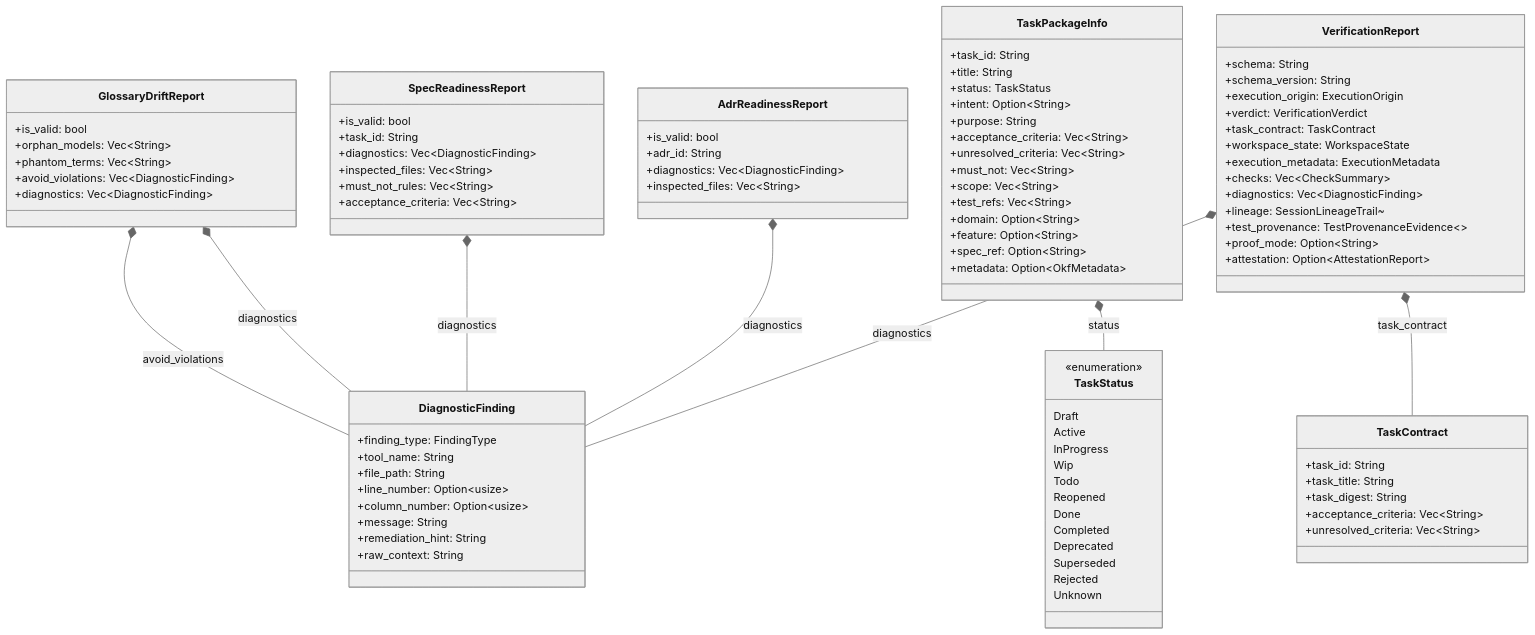
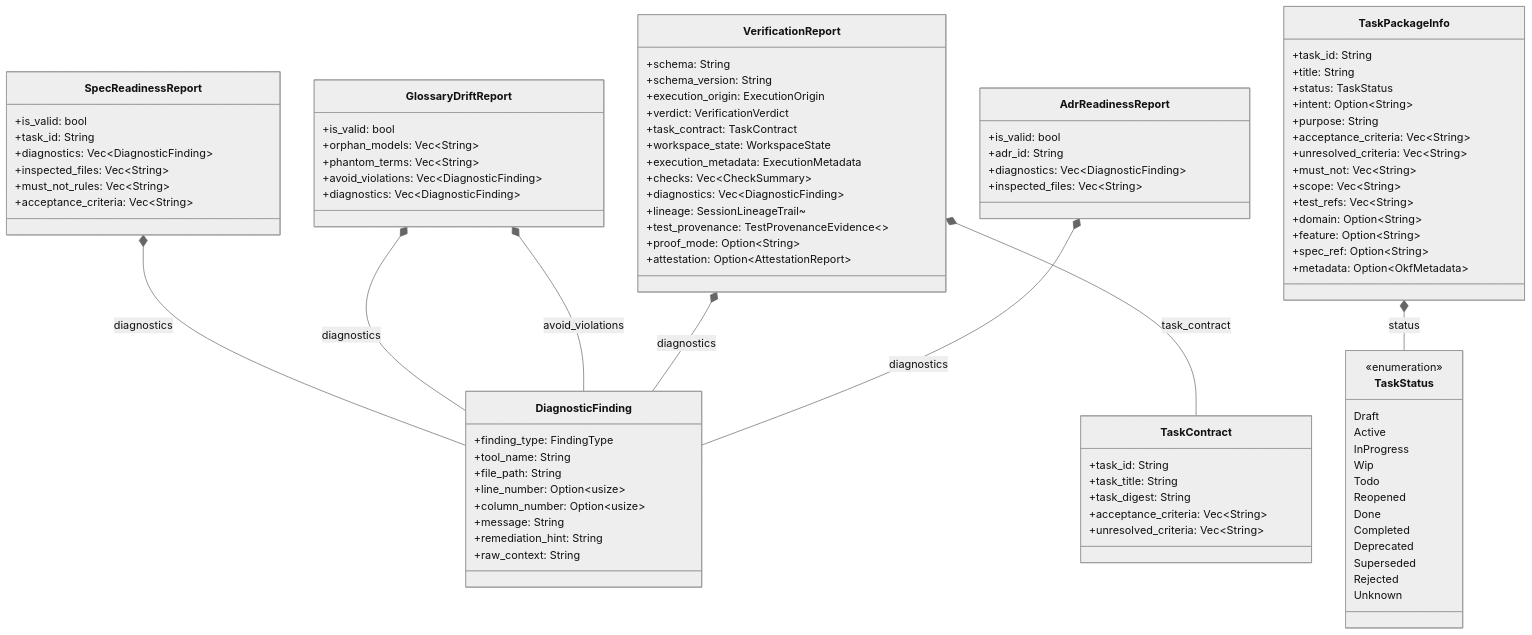
One commit to rolfmadsen/xgauntlet changed the diagram in docs/architecture/tasks.md. Above: the diagram before and after it, drawn with Mermaid (neutral theme). The commit also changed other lines of this file and 33 other files, not shown here.

````diff
--- a/docs/architecture/tasks.md
+++ b/docs/architecture/tasks.md
@@ -104,11 +104,11 @@
         +attestation: Option~AttestationReport~
     }
 
+    AdrReadinessReport *-- DiagnosticFinding : diagnostics
+    VerificationReport *-- TaskContract : task_contract
+    VerificationReport *-- DiagnosticFinding : diagnostics
     GlossaryDriftReport *-- DiagnosticFinding : avoid_violations
     GlossaryDriftReport *-- DiagnosticFinding : diagnostics
     SpecReadinessReport *-- DiagnosticFinding : diagnostics
-    AdrReadinessReport *-- DiagnosticFinding : diagnostics
     TaskPackageInfo *-- TaskStatus : status
-    VerificationReport *-- TaskContract : task_contract
-    VerificationReport *-- DiagnosticFinding : diagnostics
 ```
````
